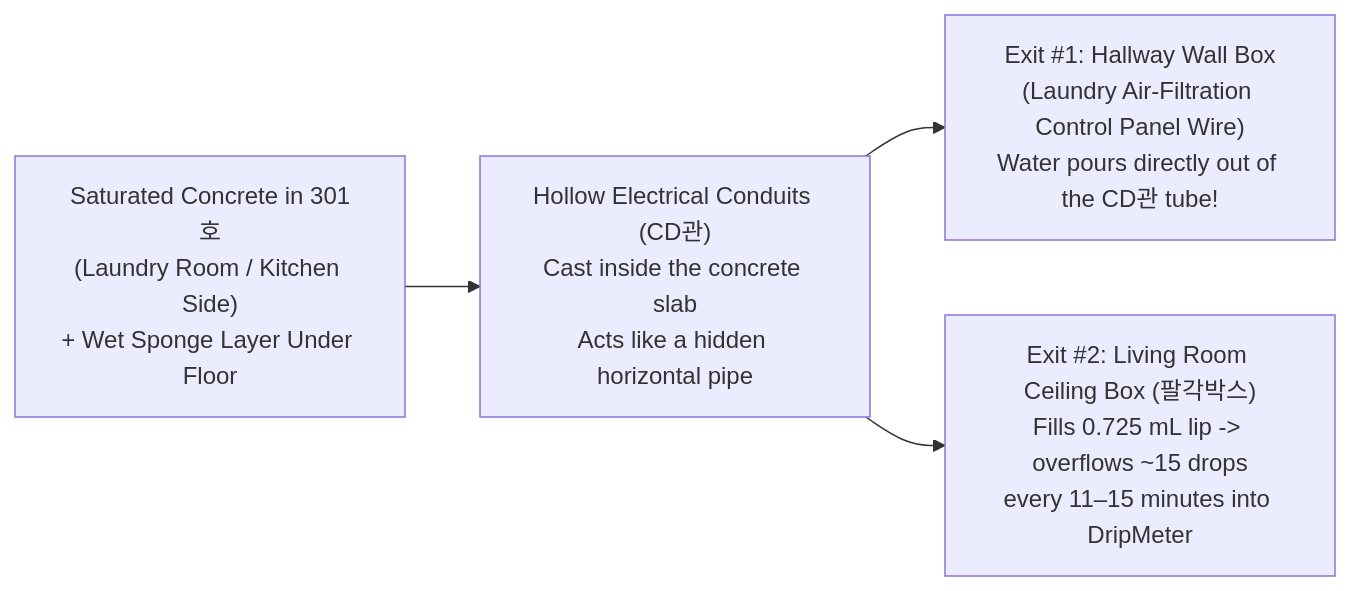
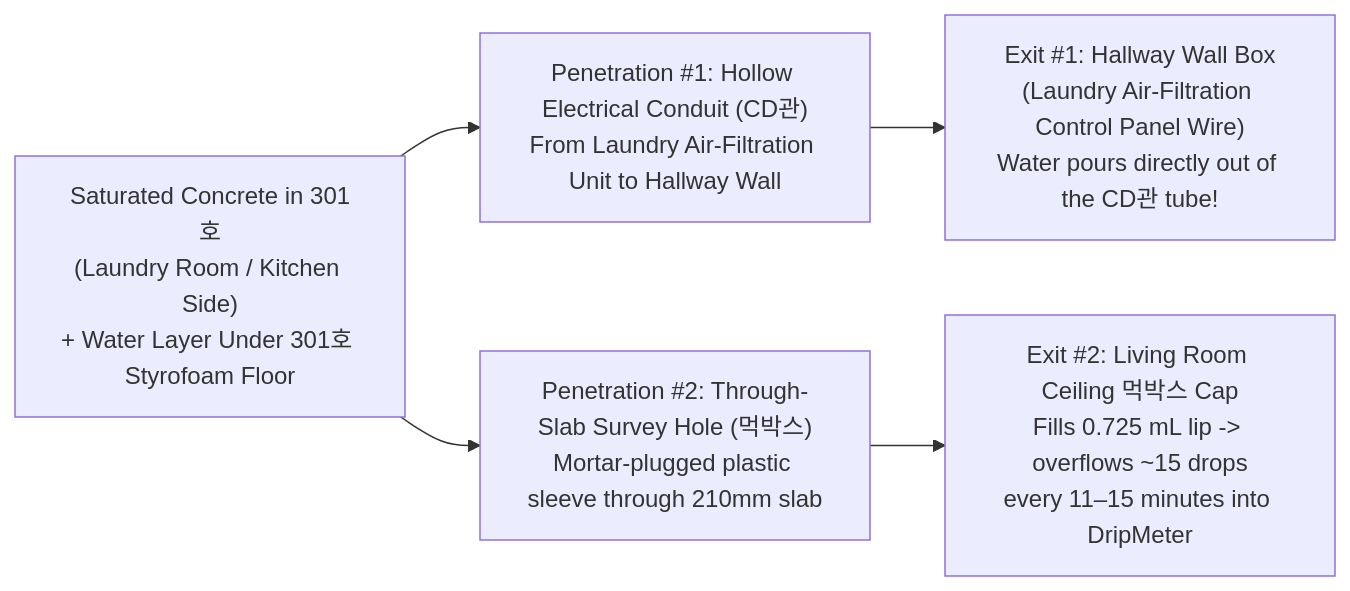
Before and after one commit to bart78/DripMeter: the diagram in FORENSICS.md, drawn with Mermaid. The commit also changed other lines of this file, not shown here.

Commit message:
docs(forensics): add Daum Cafe 먹박스 step-by-step installation manual breakdown and diagram

````diff
--- a/FORENSICS.md
+++ b/FORENSICS.md
@@ -28,6 +31,7 @@
 ```mermaid
 flowchart LR
-    A["Saturated Concrete in 301호<br/>(Laundry Room / Kitchen Side)<br/>+ Wet Sponge Layer Under Floor"] --> B["Hollow Electrical Conduits (CD관)<br/>Cast inside the concrete slab<br/>Acts like a hidden horizontal pipe"]
-    B --> C["Exit #1: Hallway Wall Box<br/>(Laundry Air-Filtration Control Panel Wire)<br/>Water pours directly out of the CD관 tube!"]
-    B --> D["Exit #2: Living Room Ceiling Box (팔각박스)<br/>Fills 0.725 mL lip -> overflows ~15 drops<br/>every 11–15 minutes into DripMeter"]
+    A["Saturated Concrete in 301호<br/>(Laundry Room / Kitchen Side)<br/>+ Water Layer Under 301호 Styrofoam Floor"] --> B1["Penetration #1: Hollow Electrical Conduit (CD관)<br/>From Laundry Air-Filtration Unit to Hallway Wall"]
+    A --> B2["Penetration #2: Through-Slab Survey Hole (먹박스)<br/>Mortar-plugged plastic sleeve through 210mm slab"]
+    B1 --> C["Exit #1: Hallway Wall Box<br/>(Laundry Air-Filtration Control Panel Wire)<br/>Water pours directly out of the CD관 tube!"]
+    B2 --> D["Exit #2: Living Room Ceiling 먹박스 Cap<br/>Fills 0.725 mL lip -> overflows ~15 drops<br/>every 11–15 minutes into DripMeter"]
 ```
````
